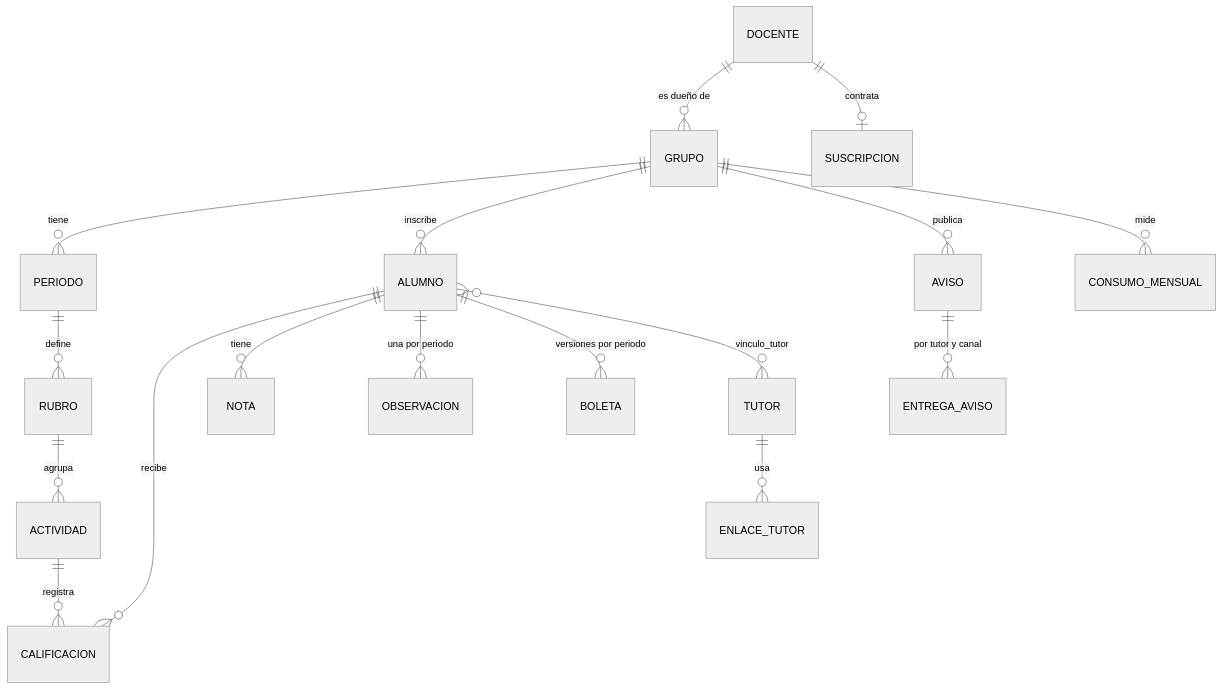
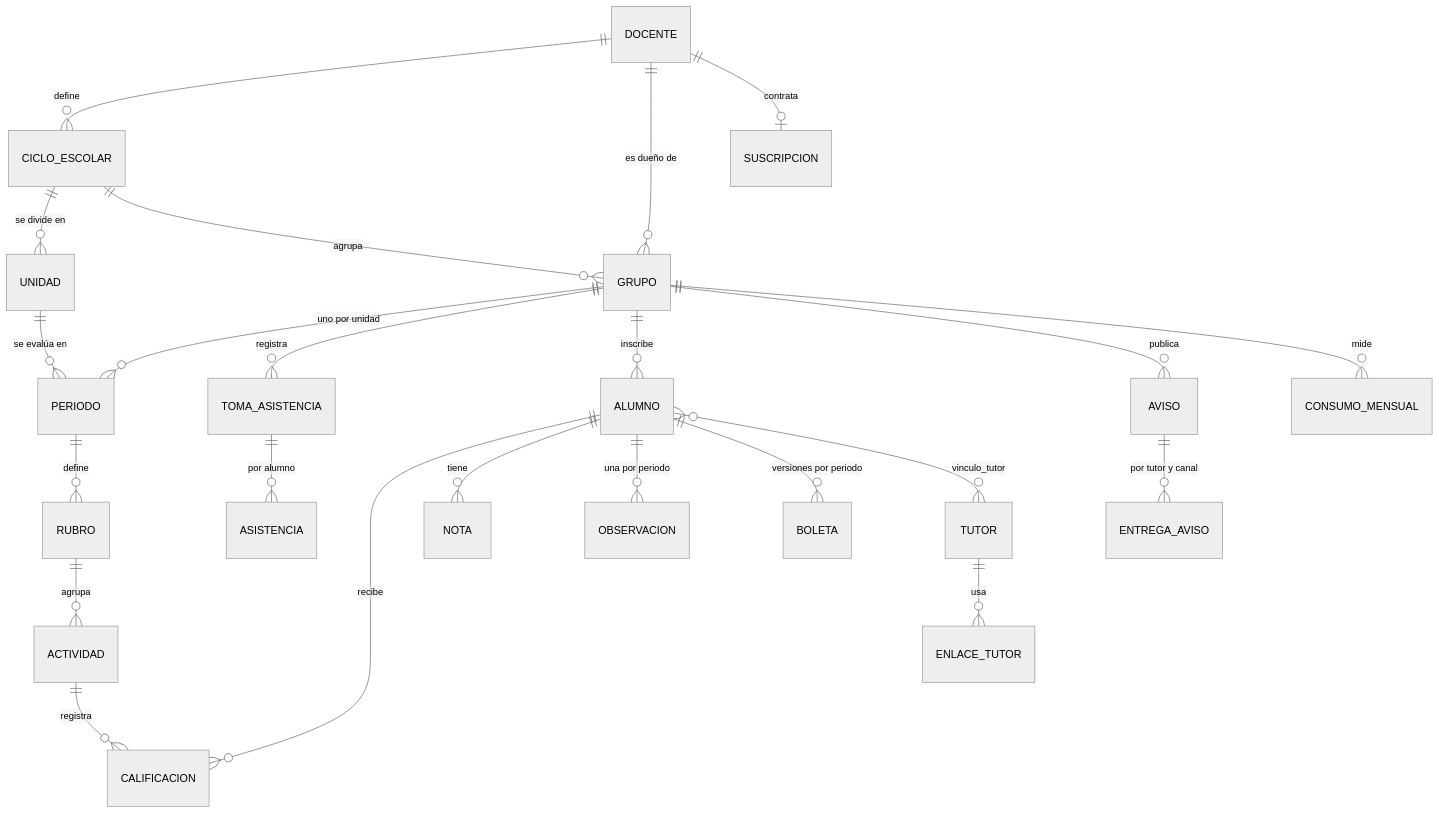
One commit to Salcidoprc/Aula-lista changed the second of 2 diagrams in docs/02-arquitectura.md. Above: the diagram before and after it, drawn with Mermaid (neutral theme). The commit also changed other lines of this file and 10 other files, not shown here.

First line of the commit message:
docs: ciclo escolar con unidades, promedio por rubro y asistencia (SPEC-10)

````diff
--- a/docs/02-arquitectura.md
+++ b/docs/02-arquitectura.md
@@ -62,19 +62,25 @@
 ```mermaid
 erDiagram
+  DOCENTE ||--o{ CICLO_ESCOLAR : define
+  CICLO_ESCOLAR ||--o{ UNIDAD : "se divide en"
+  CICLO_ESCOLAR ||--o{ GRUPO : agrupa
   DOCENTE ||--o{ GRUPO : "es dueño de"
-  GRUPO ||--o{ PERIODO : tiene
+  GRUPO ||--o{ PERIODO : "uno por unidad"
+  UNIDAD ||--o{ PERIODO : "se evalúa en"
+  GRUPO ||--o{ TOMA_ASISTENCIA : registra
+  TOMA_ASISTENCIA ||--o{ ASISTENCIA : "por alumno"
   GRUPO ||--o{ ALUMNO : "inscribe"
   PERIODO ||--o{ RUBRO : define
   RUBRO ||--o{ ACTIVIDAD : agrupa
   ACTIVIDAD ||--o{ CALIFICACION : registra
   ALUMNO ||--o{ CALIFICACION : recibe
   ALUMNO ||--o{ NOTA : tiene
   ALUMNO ||--o{ OBSERVACION : "una por periodo"
   ALUMNO ||--o{ BOLETA : "versiones por periodo"
   ALUMNO }o--o{ TUTOR : "vinculo_tutor"
   TUTOR ||--o{ ENLACE_TUTOR : usa
   GRUPO ||--o{ AVISO : publica
   AVISO ||--o{ ENTREGA_AVISO : "por tutor y canal"
   DOCENTE ||--o| SUSCRIPCION : contrata
   GRUPO ||--o{ CONSUMO_MENSUAL : mide
 ```
````
